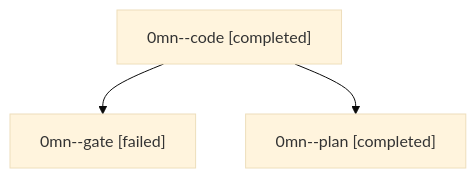
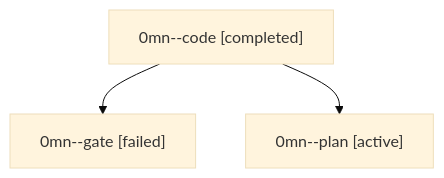
One commit to sase-org/sase--agents changed the diagram in families/bbugyi200.athena.0mn.md. Above: the diagram before and after it, drawn with Mermaid (base theme). The commit also changed other lines of this file and 35830 other files, not shown here.

````diff
--- a/families/bbugyi200.athena.0mn.md
+++ b/families/bbugyi200.athena.0mn.md
@@ -9,8 +9,8 @@
 ```mermaid
 flowchart TD
   n0["0mn--code [completed]"]
   n1["0mn--gate [failed]"]
   n0 --> n1
-  n2["0mn--plan [completed]"]
+  n2["0mn--plan [active]"]
   n0 --> n2
 ```
````
